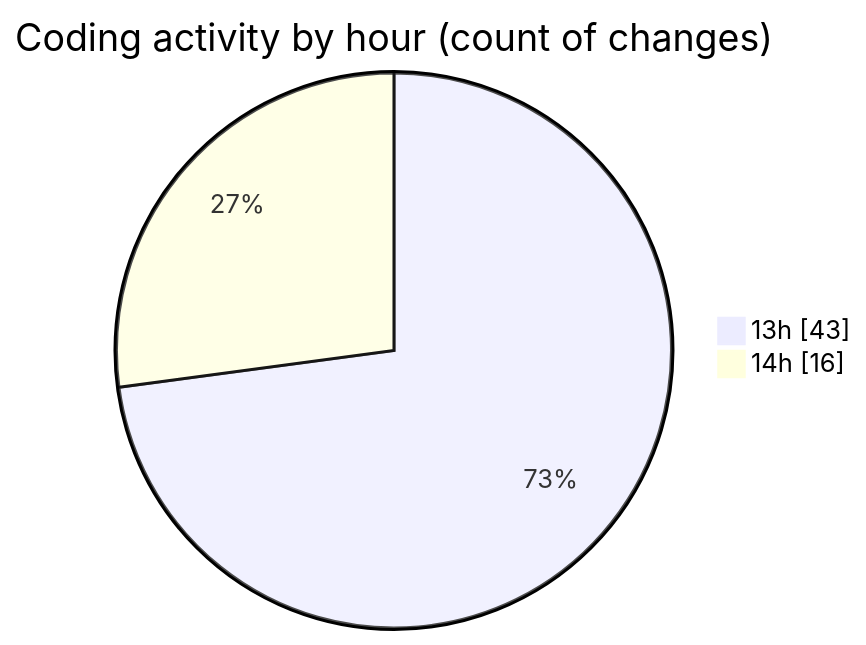
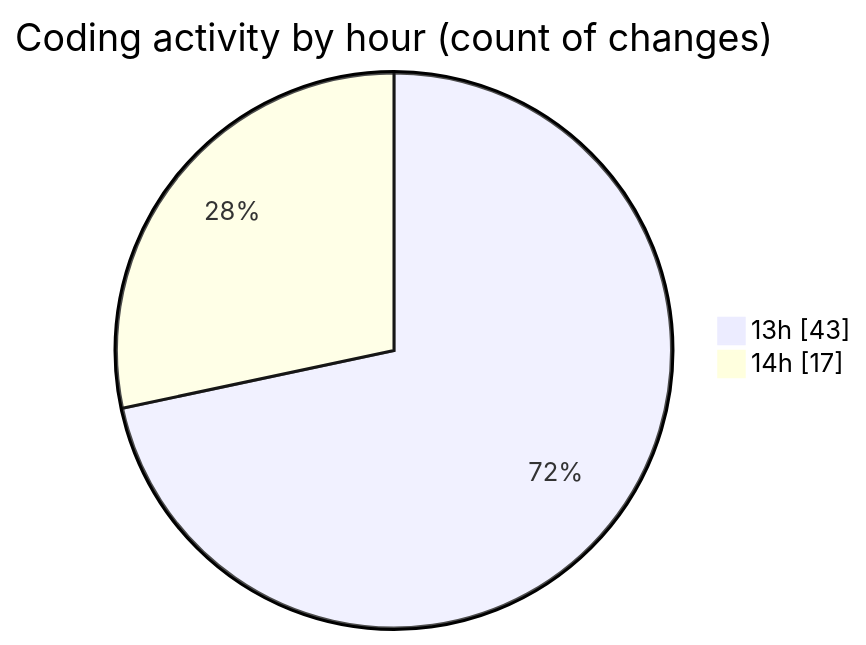
The second of 2 diagrams in 2025-10-04/untitled__workspace_/README.md (MatusMokan/code-tracking), drawn with Mermaid before and after one commit. The commit also changed other lines of this file and 1 other file, not shown here.

````diff
--- a/2025-10-04/untitled__workspace_/README.md
+++ b/2025-10-04/untitled__workspace_/README.md
@@ -45,6 +45,6 @@
 ```mermaid
 pie showData
 title Coding activity by hour (count of changes)
 "13h" : 43
-"14h" : 16
+"14h" : 17
 ```
````
